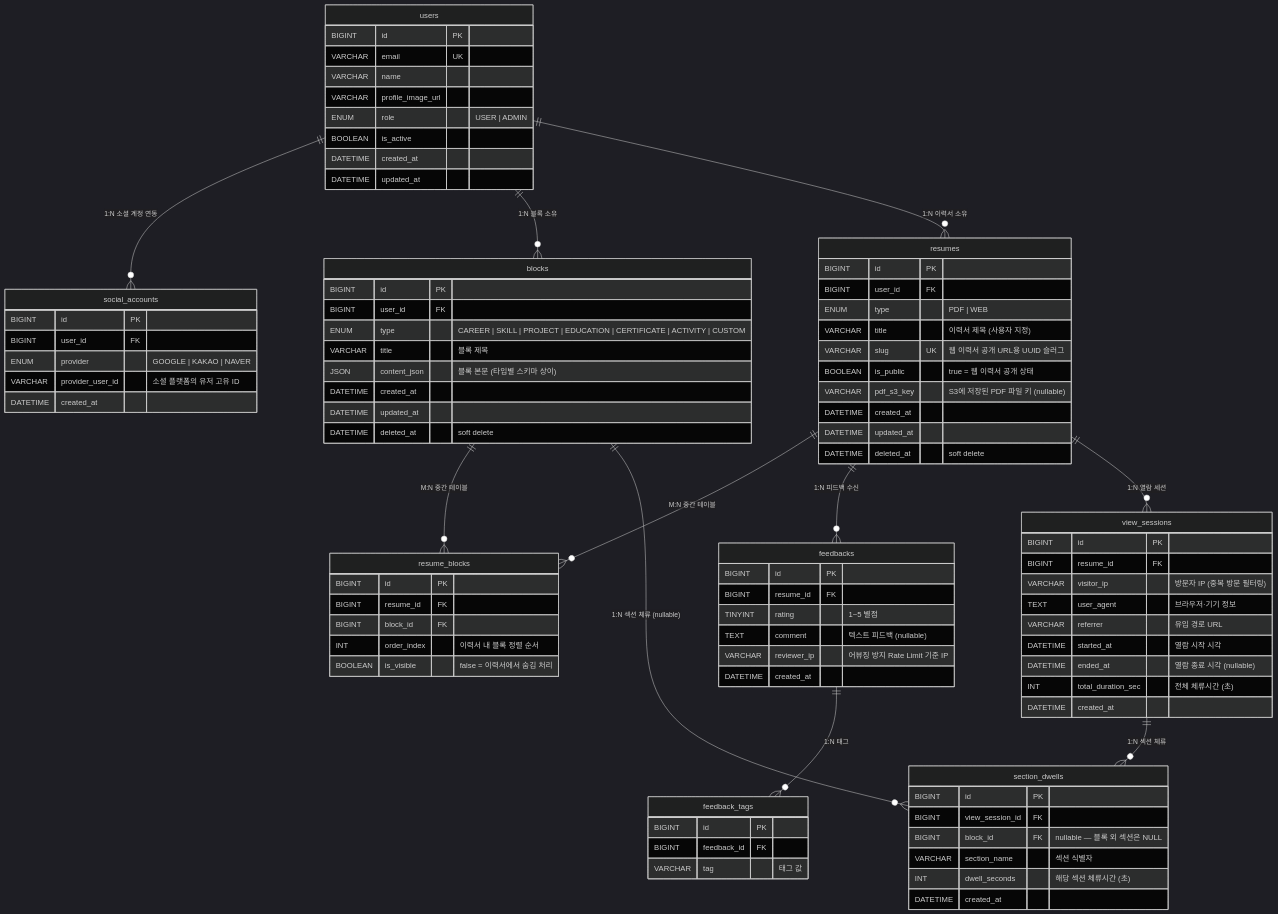
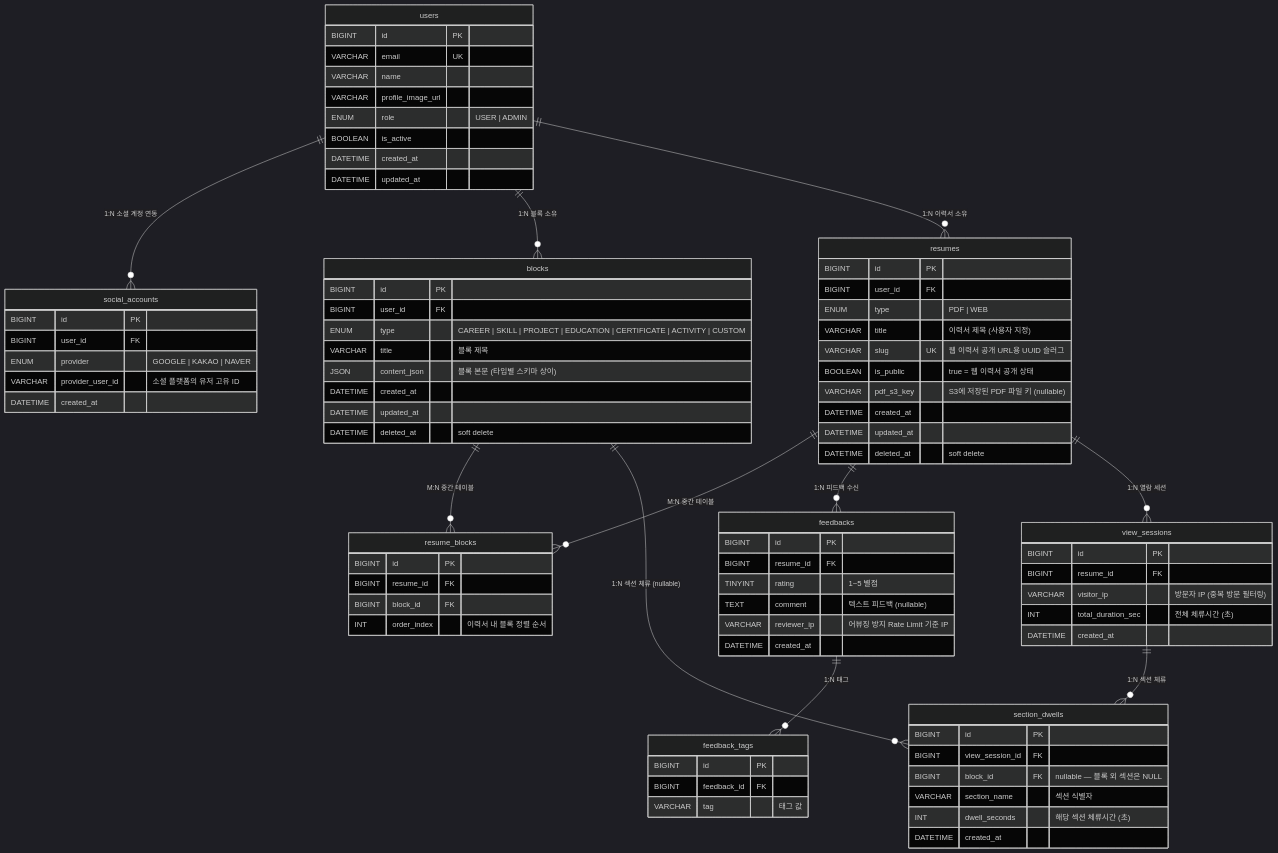
One commit to resume-helper/BE changed the diagram in doc/ERD_DRAFT.md. Above: the diagram before and after it, drawn with Mermaid (dark theme). The commit also changed other lines of this file and 9 other files, not shown here.

First line of the commit message:
chore: ERD/SQL/브랜치전략 업데이트 및 Resume 도메인 엔티티 셋업

```diff
--- a/doc/ERD_DRAFT.md
+++ b/doc/ERD_DRAFT.md
@@ -100,7 +100,6 @@
         BIGINT resume_id FK
         BIGINT block_id FK
         INT order_index "이력서 내 블록 정렬 순서"
-        BOOLEAN is_visible "false = 이력서에서 숨김 처리"
     }
 
     %% =====================
@@ -130,10 +129,6 @@
         BIGINT id PK
         BIGINT resume_id FK
         VARCHAR visitor_ip "방문자 IP (중복 방문 필터링)"
-        TEXT user_agent "브라우저·기기 정보"
-        VARCHAR referrer "유입 경로 URL"
-        DATETIME started_at "열람 시작 시각"
-        DATETIME ended_at "열람 종료 시각 (nullable)"
         INT total_duration_sec "전체 체류시간 (초)"
         DATETIME created_at
     }
```
